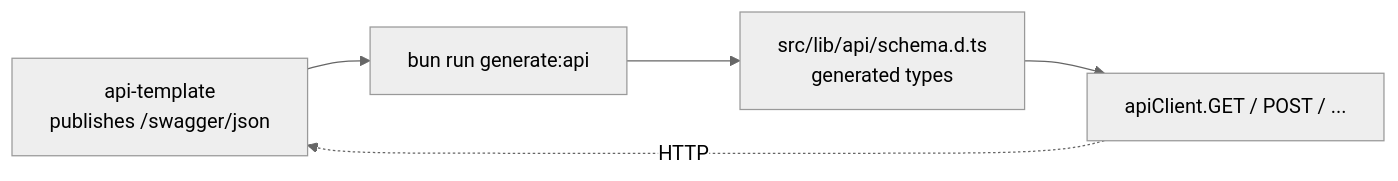
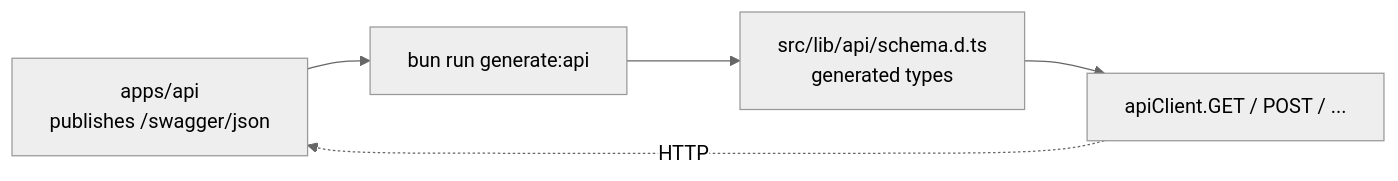
Before and after one commit to boringstack-xyz/boringstack: the diagram in apps/docs/src/content/docs/ui/openapi-client.mdx, drawn with Mermaid (neutral theme). The commit also changed other lines of this file and 122 other files, not shown here.

First line of the commit message:
refactor: update references from api-template to boringstack-api and ui-template to apps/ui

````diff
--- a/apps/docs/src/content/docs/ui/openapi-client.mdx
+++ b/apps/docs/src/content/docs/ui/openapi-client.mdx
@@ -31,11 +31,11 @@
 ```mermaid
 flowchart LR
-  api["api-template<br/>publishes /swagger/json"]
+  api["apps/api<br/>publishes /swagger/json"]
   gen["bun run generate:api"]
   schema["src/lib/api/schema.d.ts<br/>generated types"]
   client["apiClient.GET / POST / ..."]
   api --> gen
   gen --> schema
   schema --> client
   client -.->|HTTP| api
 ```
````
